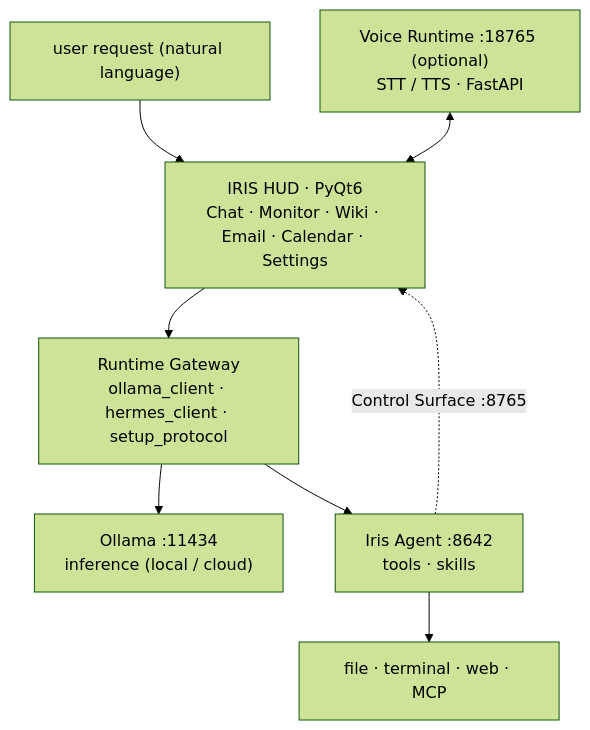
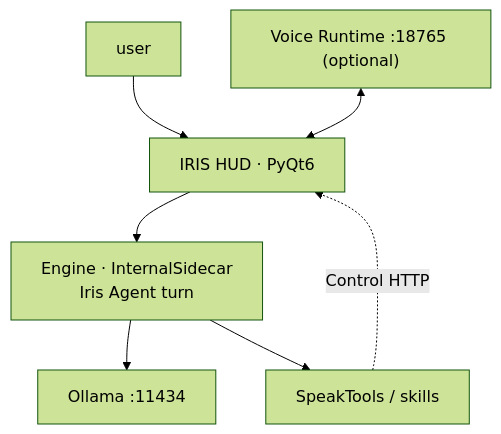
The diagram in README.en.md (kwakminoo/Project-IRIS-Light), drawn with Mermaid (forest theme) before and after one commit. The commit also changed other lines of this file and 7 other files, not shown here.

First line of the commit message:
fix(chat): flush H1 user left and rewrite README for Iris Agent

````diff
--- a/README.en.md
+++ b/README.en.md
@@ -137,10 +133,9 @@
 ```mermaid
 flowchart TD
-    U["user request (natural language)"] --> HUD
-    HUD["IRIS HUD · PyQt6<br/>Chat · Monitor · Wiki · Email · Calendar · Settings"] --> GW
-    GW["Runtime Gateway<br/>ollama_client · hermes_client · setup_protocol"] --> OL["Ollama :11434<br/>inference (local / cloud)"]
-    GW --> HM["Iris Agent :8642<br/>tools · skills"]
-    HM --> T["file · terminal · web · MCP"]
-    HM -. "Control Surface :8765" .-> HUD
-    VR["Voice Runtime :18765 (optional)<br/>STT / TTS · FastAPI"] <--> HUD
+    U["user"] --> HUD
+    HUD["IRIS HUD · PyQt6"] --> ENG
+    ENG["Engine · InternalSidecar<br/>Iris Agent turn"] --> OL["Ollama :11434"]
+    ENG --> ST["SpeakTools / skills"]
+    ST -. Control HTTP .-> HUD
+    VR["Voice Runtime :18765 (optional)"] <--> HUD
 ```
````
